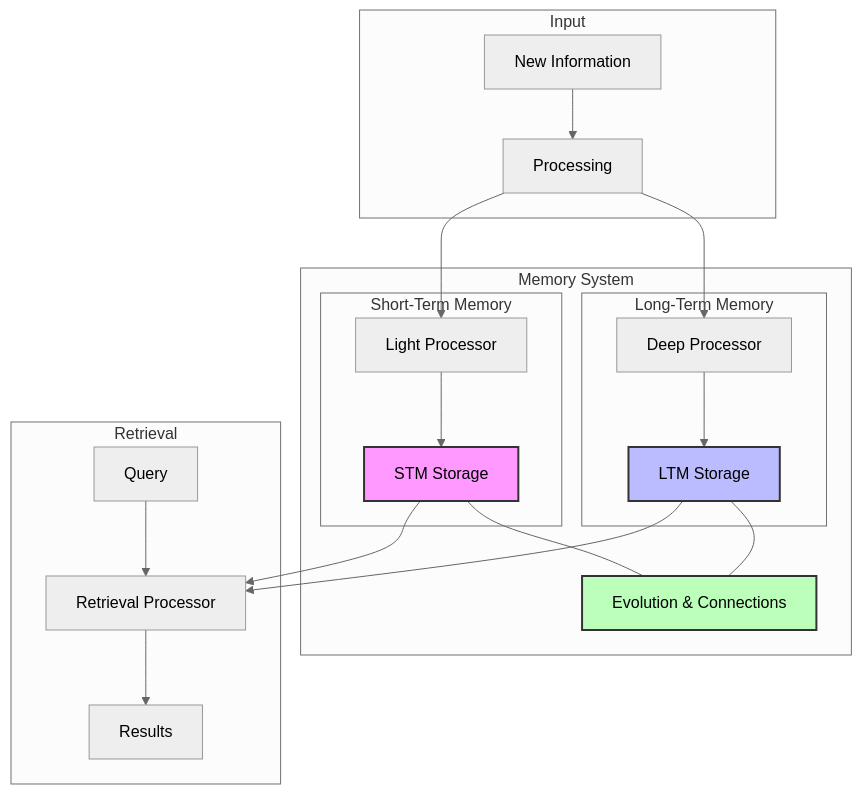
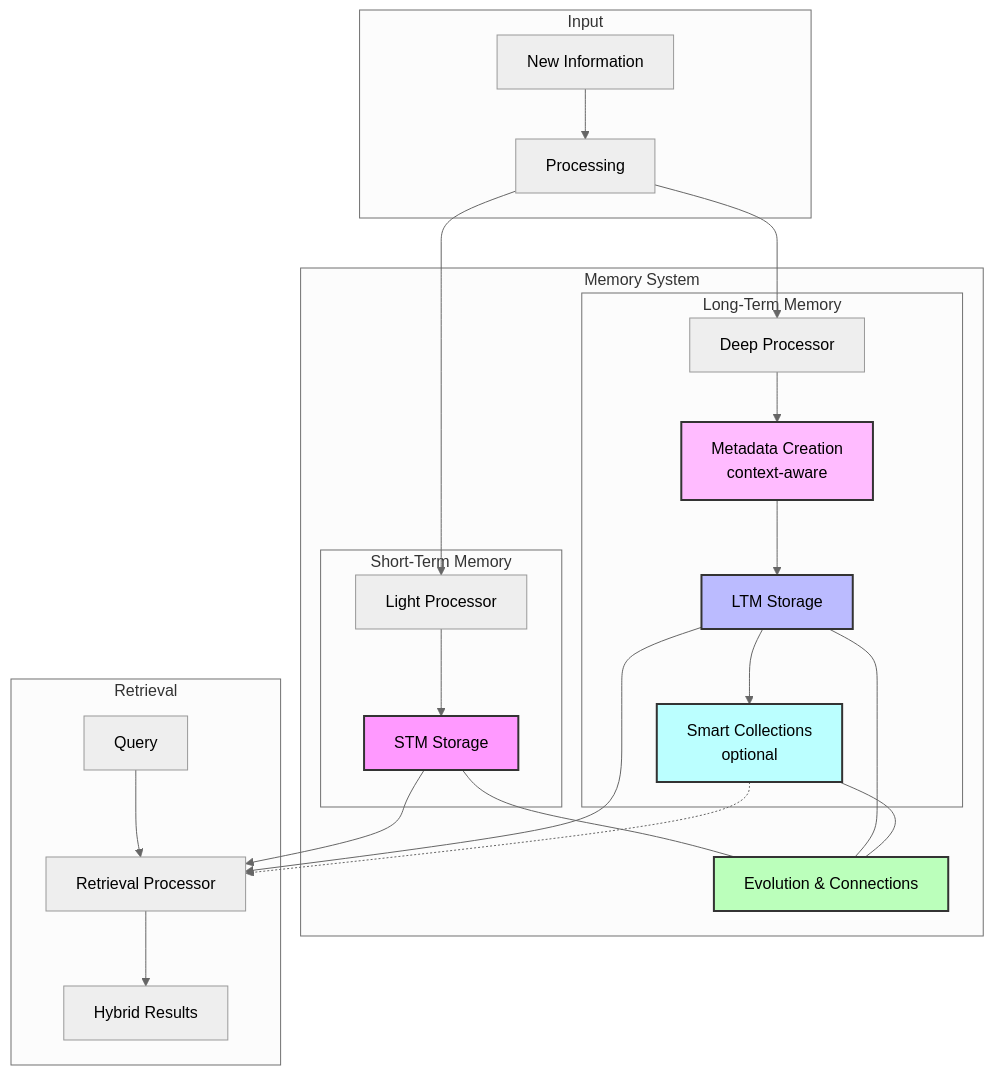
Before and after one commit to prem-research/cortex: the first of 8 diagrams in README.md, drawn with Mermaid (neutral theme). The commit also changed other lines of this file and 23 other files, not shown here.

````diff
--- a/README.md
+++ b/README.md
@@ -19,33 +44,39 @@
 ```mermaid
 graph TD
     subgraph Input
         I[New Information] --> P[Processing]
     end
     
     subgraph "Memory System"
         P --> LP[Light Processor]
         P --> DP[Deep Processor]
         
         subgraph "Short-Term Memory"
             LP --> STM[STM Storage]
         end
         
-        subgraph "Long-Term Memory"
-            DP --> LTM[LTM Storage]
+        subgraph "Long-Term Memory"  
+            DP --> CAT[Metadata Creation<br/>context-aware]
+            CAT --> LTM[LTM Storage]
+            LTM --> SC[Smart Collections<br/>optional]
         end
         
         STM --- EV[Evolution & Connections]
         LTM --- EV
+        SC --- EV
     end
     
     subgraph Retrieval
         Q[Query] --> R[Retrieval Processor]
         STM --> R
         LTM --> R
-        R --> Results[Results]
+        SC -.-> R
+        R --> Results[Hybrid Results]
     end
     
     style STM fill:#f9f,stroke:#333,stroke-width:2px
     style LTM fill:#bbf,stroke:#333,stroke-width:2px
+    style CAT fill:#fbf,stroke:#333,stroke-width:2px
+    style SC fill:#bff,stroke:#333,stroke-width:2px
     style EV fill:#bfb,stroke:#333,stroke-width:2px
 ```
````
